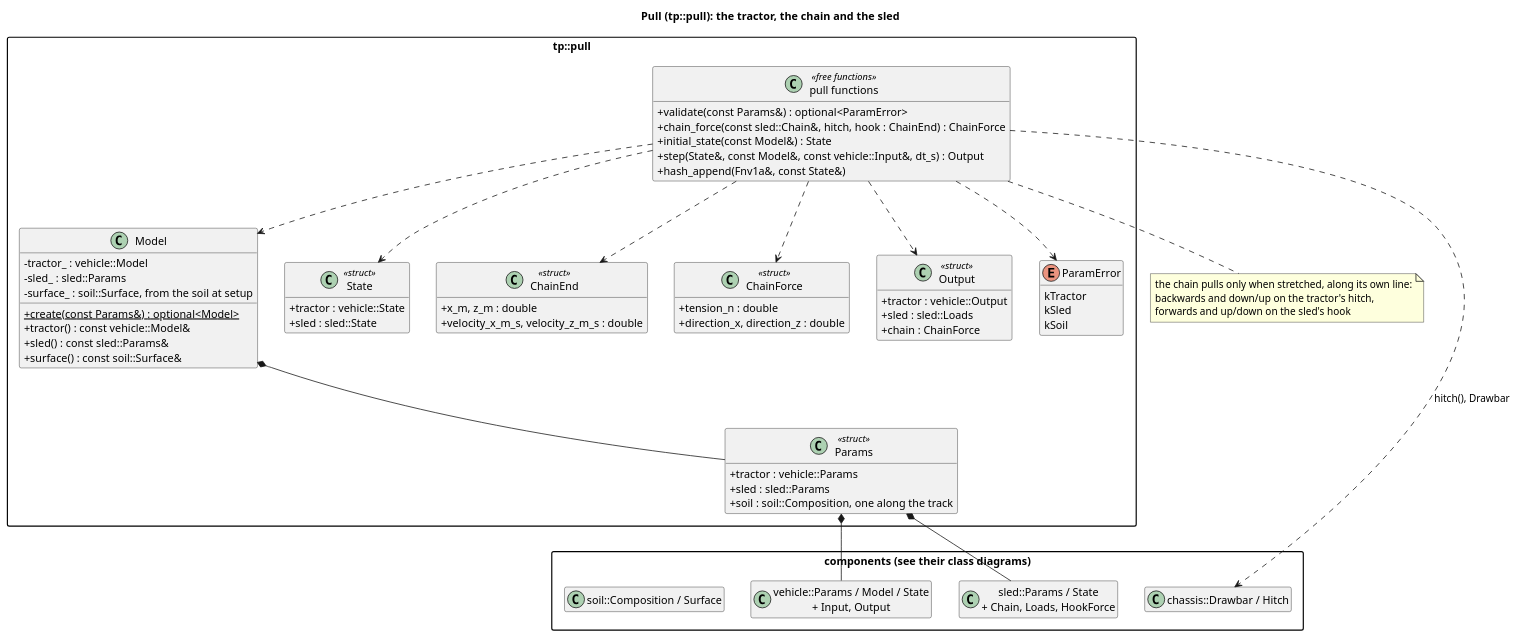
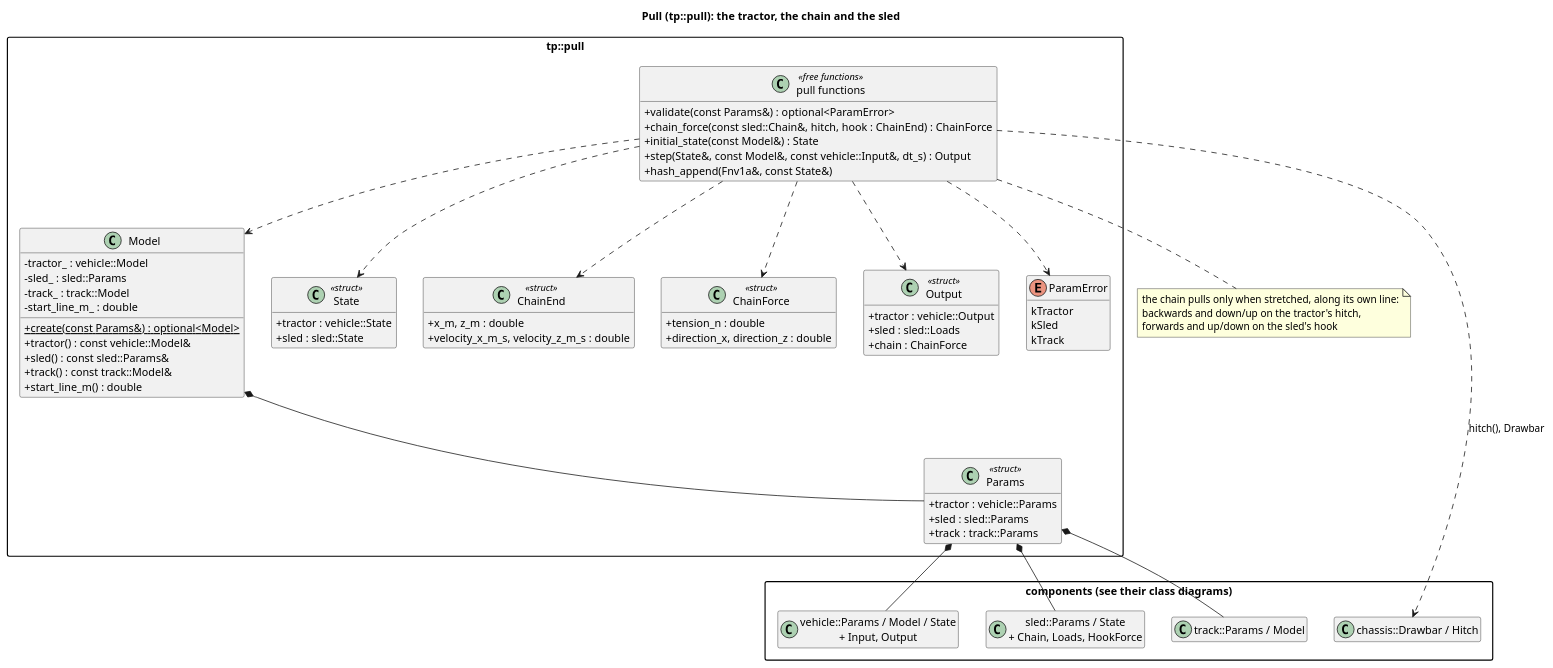
Before and after one commit to wversteeg/TractorPulling: the diagram in docs/diagrams/pull_classes.puml, drawn with PlantUML. The commit also changed 21 other files, not shown here.

First line of the commit message:
Add the track: soil and its profile along the track, per contact

```diff
--- a/docs/diagrams/pull_classes.puml
+++ b/docs/diagrams/pull_classes.puml
@@ -1,74 +1,77 @@
 @startuml pull_classes
 title Pull (tp::pull): the tractor, the chain and the sled
 hide empty members
 skinparam packageStyle rectangle
 skinparam classAttributeIconSize 0
 
 package "components (see their class diagrams)" {
   class "vehicle::Params / Model / State\n+ Input, Output" as Vehicle
   class "sled::Params / State\n+ Chain, Loads, HookForce" as Sled
   class "chassis::Drawbar / Hitch" as Chassis
-  class "soil::Composition / Surface" as Soil
+  class "track::Params / Model" as Track
 }
 
 package "tp::pull" {
   class Params <<struct>> {
     +tractor : vehicle::Params
     +sled : sled::Params
-    +soil : soil::Composition, one along the track
+    +track : track::Params
   }
   class Model {
     -tractor_ : vehicle::Model
     -sled_ : sled::Params
-    -surface_ : soil::Surface, from the soil at setup
+    -track_ : track::Model
+    -start_line_m_ : double
     +{static} create(const Params&) : optional<Model>
     +tractor() : const vehicle::Model&
     +sled() : const sled::Params&
-    +surface() : const soil::Surface&
+    +track() : const track::Model&
+    +start_line_m() : double
   }
   class State <<struct>> {
     +tractor : vehicle::State
     +sled : sled::State
   }
   class ChainEnd <<struct>> {
     +x_m, z_m : double
     +velocity_x_m_s, velocity_z_m_s : double
   }
   class ChainForce <<struct>> {
     +tension_n : double
     +direction_x, direction_z : double
   }
   class Output <<struct>> {
     +tractor : vehicle::Output
     +sled : sled::Loads
     +chain : ChainForce
   }
   enum ParamError {
     kTractor
     kSled
-    kSoil
+    kTrack
   }
   class "pull functions" as PullFns <<free functions>> {
     +validate(const Params&) : optional<ParamError>
     +chain_force(const sled::Chain&, hitch, hook : ChainEnd) : ChainForce
     +initial_state(const Model&) : State
     +step(State&, const Model&, const vehicle::Input&, dt_s) : Output
     +hash_append(Fnv1a&, const State&)
   }
   Model *-- Params
   PullFns ..> Model
   PullFns ..> State
   PullFns ..> ChainEnd
   PullFns ..> ChainForce
   PullFns ..> Output
   PullFns ..> ParamError
 }
 Params *-- Vehicle
 Params *-- Sled
+Params *-- Track
 PullFns ..> Chassis : hitch(), Drawbar
 note bottom of PullFns
   the chain pulls only when stretched, along its own line:
   backwards and down/up on the tractor's hitch,
   forwards and up/down on the sled's hook
 end note
 @enduml
```
